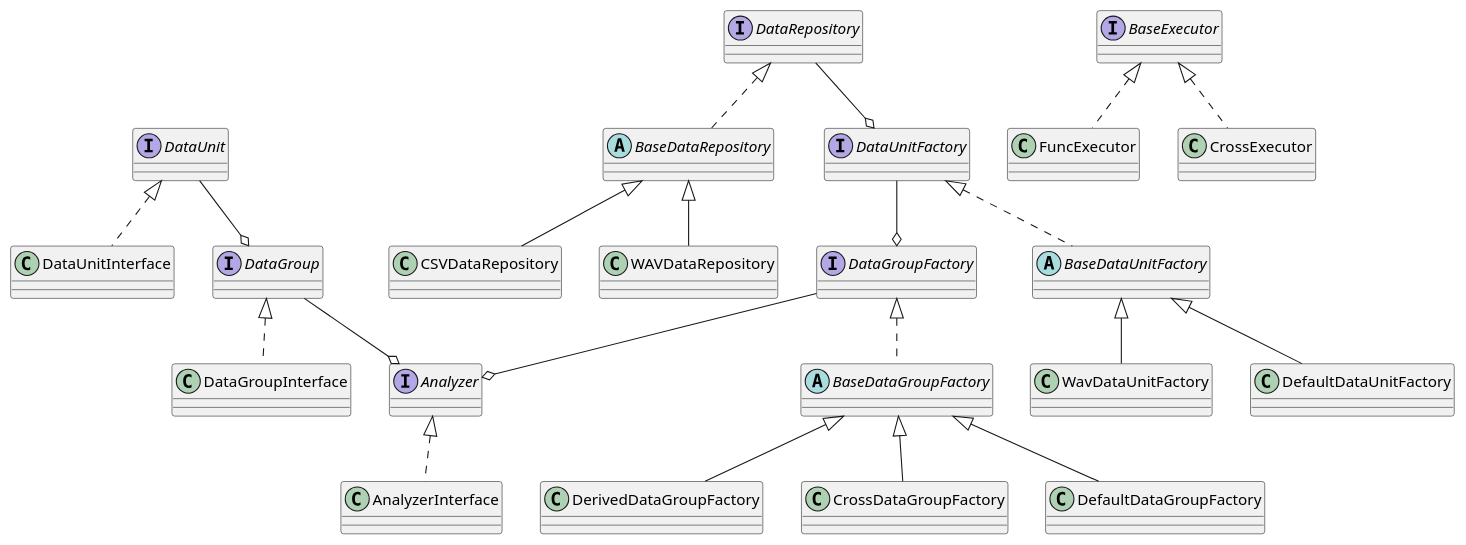
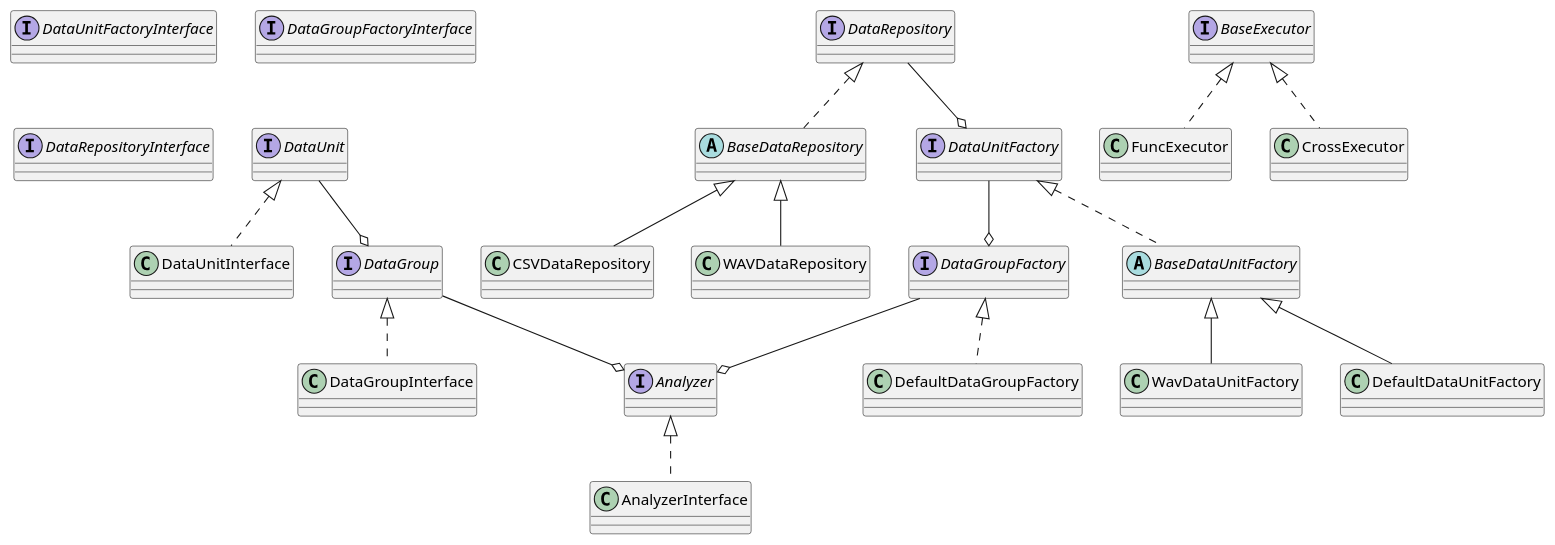
Before and after one commit to Untarose/analyzer: the diagram in docs/class_diagram.puml, drawn with PlantUML. The commit also changed 5 other files, not shown here.

Commit message:
DataGroupFactoryInterfaceとDefaultDataGroupFactoryの実装tとテスト、DataGroupの修正

```diff
--- a/docs/class_diagram.puml
+++ b/docs/class_diagram.puml
@@ -1,41 +1,38 @@
 @startuml src
 ' 主要部分
 interface AnalyzerInterface
 interface DataUnitInterface
 interface DataGroupInterface
 
 class AnalyzerInterface implements Analyzer
 class DataUnitInterface implements DataUnit
 class DataGroupInterface implements DataGroup
 
 ' DataUnitFactory
-interface DataUnitFactory
+interface DataUnitFactoryInterface
 abstract BaseDataUnitFactory implements DataUnitFactory
 class DefaultDataUnitFactory extends BaseDataUnitFactory
 class WavDataUnitFactory extends BaseDataUnitFactory
 
 ' DataGroupFactory
-interface DataGroupFactory
-abstract BaseDataGroupFactory implements DataGroupFactory
-class DefaultDataGroupFactory extends BaseDataGroupFactory
-class DerivedDataGroupFactory extends BaseDataGroupFactory
-class CrossDataGroupFactory extends BaseDataGroupFactory
+interface DataGroupFactoryInterface
+class DefaultDataGroupFactory implements DataGroupFactory
 
 ' DataRepository
-interface DataRepository
+interface DataRepositoryInterface
 abstract BaseDataRepository implements DataRepository
 class CSVDataRepository extends BaseDataRepository
 class WAVDataRepository extends BaseDataRepository
 
 ' Executer
 interface BaseExecutor
 class FuncExecutor implements BaseExecutor
 class CrossExecutor implements BaseExecutor
 
 ' デザイン間
 DataUnit --o DataGroup
 DataGroup --o Analyzer
 DataUnitFactory --o DataGroupFactory
 DataGroupFactory --o Analyzer
 DataRepository --o DataUnitFactory
 @enduml
```
